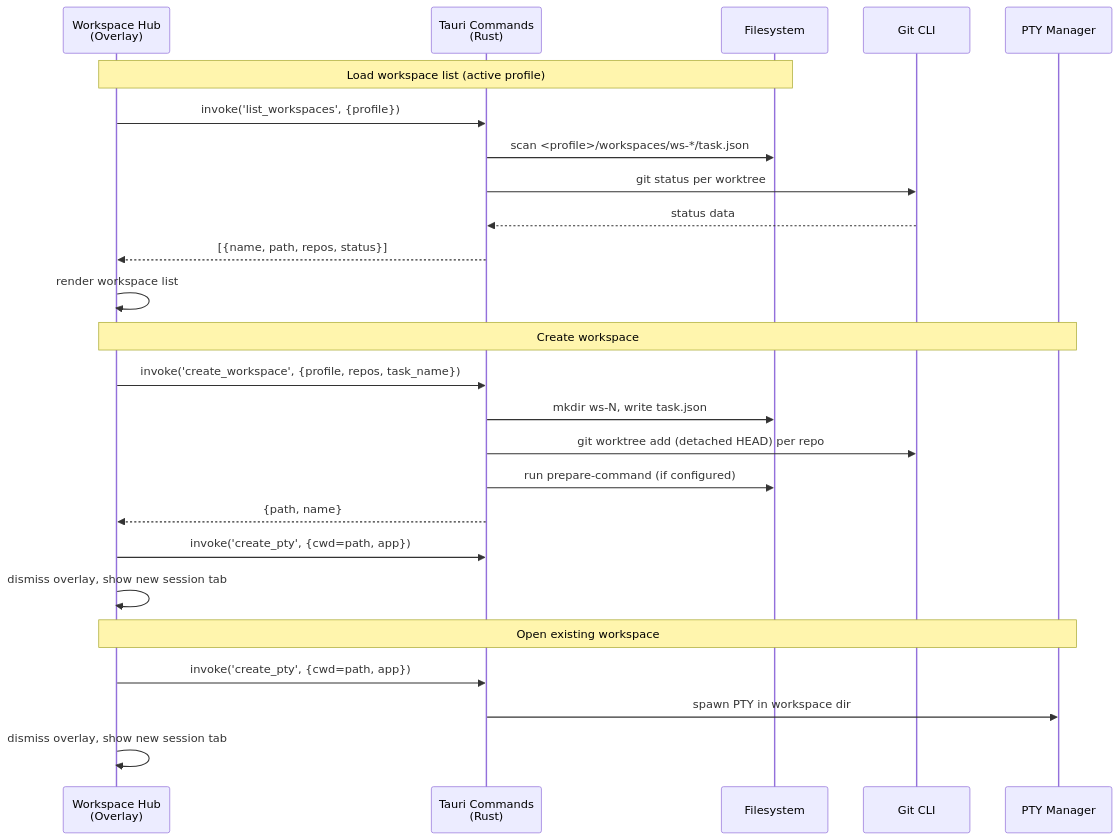
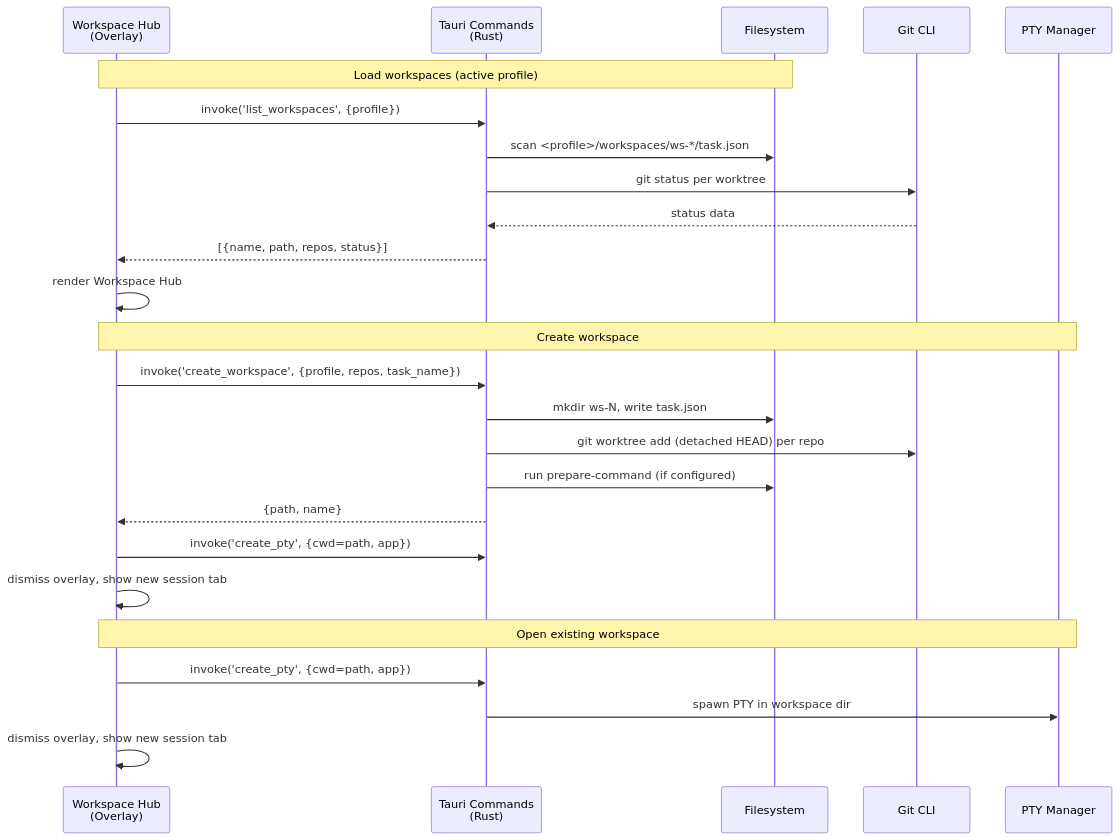
Before and after one commit to TalAmuyal/Devora: the third of 5 diagrams in project-ember/docs/PLAN.md, drawn with Mermaid. The commit also changed 11 other files, not shown here.

````diff
--- a/project-ember/docs/PLAN.md
+++ b/project-ember/docs/PLAN.md
@@ -192,30 +192,30 @@
 ```mermaid
 sequenceDiagram
     participant UI as Workspace Hub<br/>(Overlay)
     participant Tauri as Tauri Commands<br/>(Rust)
     participant FS as Filesystem
     participant Git as Git CLI
     participant PTY as PTY Manager
 
-    Note over UI, FS: Load workspace list (active profile)
+    Note over UI, FS: Load workspaces (active profile)
     UI->>Tauri: invoke('list_workspaces', {profile})
     Tauri->>FS: scan <profile>/workspaces/ws-*/task.json
     Tauri->>Git: git status per worktree
     Git-->>Tauri: status data
     Tauri-->>UI: [{name, path, repos, status}]
-    UI->>UI: render workspace list
+    UI->>UI: render Workspace Hub
 
     Note over UI, PTY: Create workspace
     UI->>Tauri: invoke('create_workspace', {profile, repos, task_name})
     Tauri->>FS: mkdir ws-N, write task.json
     Tauri->>Git: git worktree add (detached HEAD) per repo
     Tauri->>FS: run prepare-command (if configured)
     Tauri-->>UI: {path, name}
     UI->>Tauri: invoke('create_pty', {cwd=path, app})
     UI->>UI: dismiss overlay, show new session tab
 
     Note over UI, PTY: Open existing workspace
     UI->>Tauri: invoke('create_pty', {cwd=path, app})
     Tauri->>PTY: spawn PTY in workspace dir
     UI->>UI: dismiss overlay, show new session tab
 ```
````
